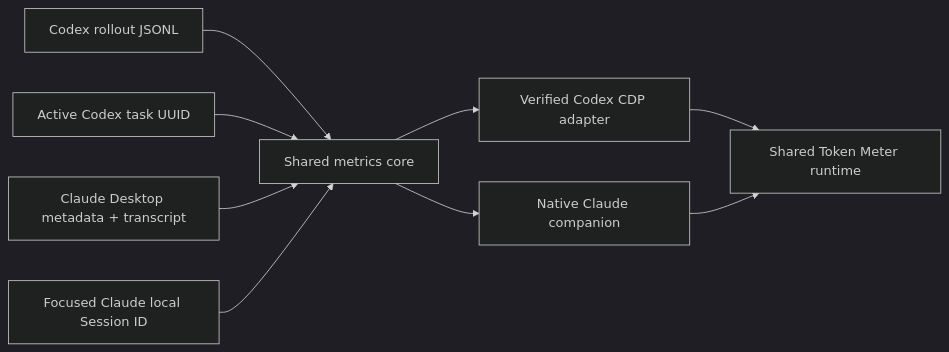
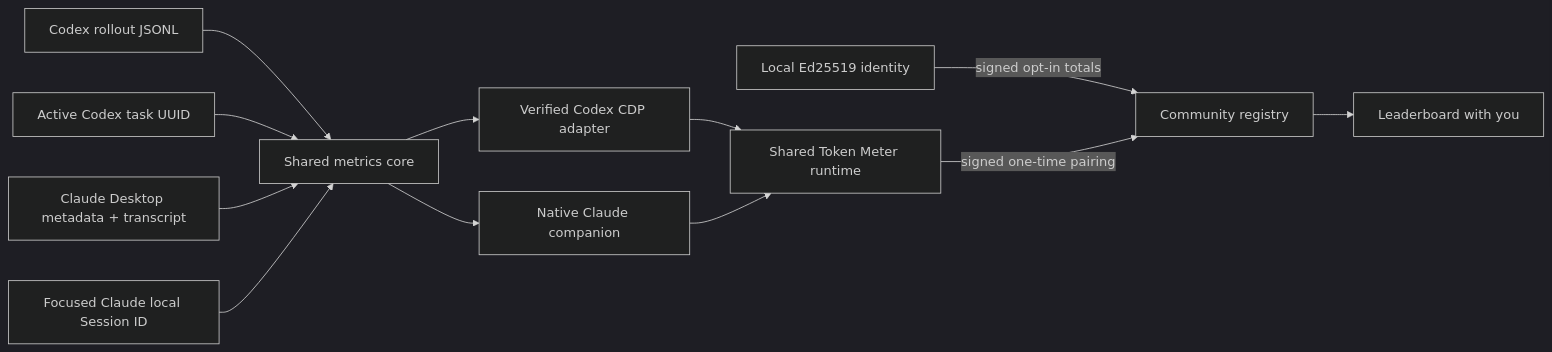
One commit to SergioChan/token-meter changed the diagram in README.md. Above: the diagram before and after it, drawn with Mermaid (dark theme). The commit also changed other lines of this file and 18 other files, not shown here.

Commit message:
feat: pair browser identity with leaderboard

````diff
--- a/README.md
+++ b/README.md
@@ -205,12 +219,16 @@
 ```mermaid
 flowchart LR
   C1["Codex rollout JSONL"] --> CORE["Shared metrics core"]
   C2["Active Codex task UUID"] --> CORE
   CORE --> CDP["Verified Codex CDP adapter"]
   CDP --> UI["Shared Token Meter runtime"]
 
   A1["Claude Desktop metadata + transcript"] --> CORE
   A2["Focused Claude local Session ID"] --> CORE
   CORE --> NATIVE["Native Claude companion"]
   NATIVE --> UI
+
+  ID["Local Ed25519 identity"] -->|"signed opt-in totals"| REG["Community registry"]
+  UI -->|"signed one-time pairing"| REG
+  REG --> WEB["Leaderboard with you"]
 ```
````
